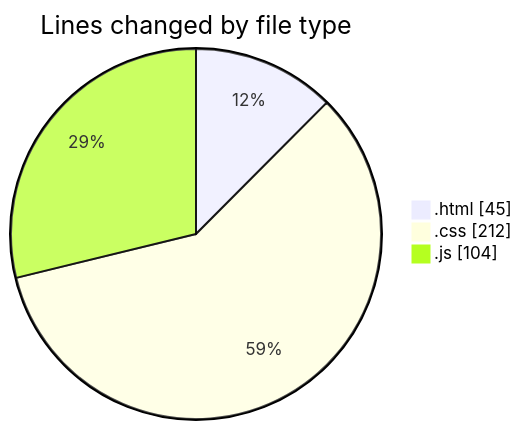
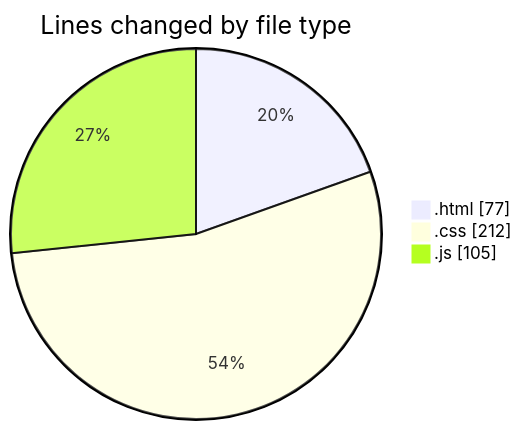
Before and after one commit to Ritupan-Deka/code-tracking: the first of 2 diagrams in 2025-08-24/javascript/README.md, drawn with Mermaid. The commit also changed other lines of this file and 1 other file, not shown here.

````diff
--- a/2025-08-24/javascript/README.md
+++ b/2025-08-24/javascript/README.md
@@ -22,7 +22,7 @@
 ```mermaid
 pie showData
 title Lines changed by file type
-".html" : 45
+".html" : 77
 ".css" : 212
-".js" : 104
+".js" : 105
 ```
````
